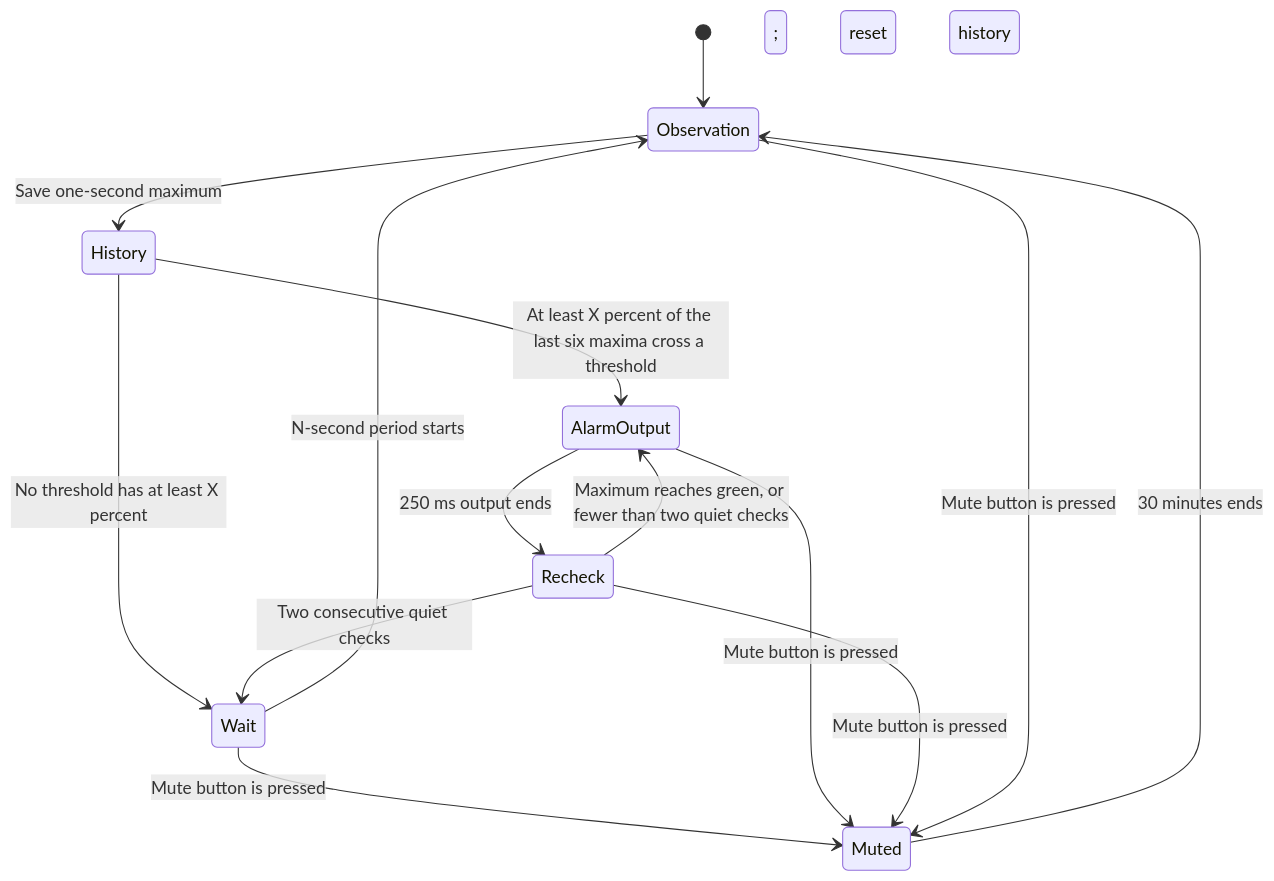
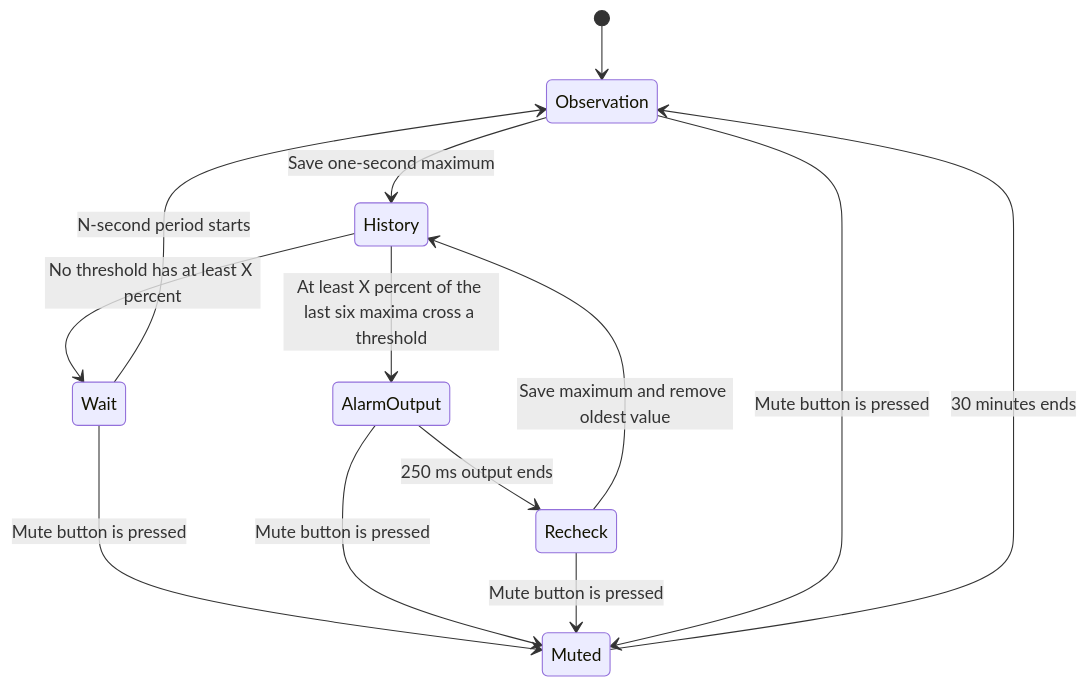
One commit to tubededentifrice/espnoise changed the third of 3 diagrams in docs/architecture.md. Above: the diagram before and after it, drawn with Mermaid. The commit also changed other lines of this file and 9 other files, not shown here.

````diff
--- a/docs/architecture.md
+++ b/docs/architecture.md
@@ -41,16 +41,15 @@
 ```mermaid
 stateDiagram-v2
   [*] --> Observation
   Observation --> History: Save one-second maximum
   History --> AlarmOutput: At least X percent of the last six maxima cross a threshold
   History --> Wait: No threshold has at least X percent
   Wait --> Observation: N-second period starts
   AlarmOutput --> Recheck: 250 ms output ends
-  Recheck --> AlarmOutput: Maximum reaches green, or fewer than two quiet checks
-  Recheck --> Wait: Two consecutive quiet checks; reset history
+  Recheck --> History: Save maximum and remove oldest value
   Wait --> Muted: Mute button is pressed
   AlarmOutput --> Muted: Mute button is pressed
   Recheck --> Muted: Mute button is pressed
   Observation --> Muted: Mute button is pressed
   Muted --> Observation: 30 minutes ends
 ```
````
